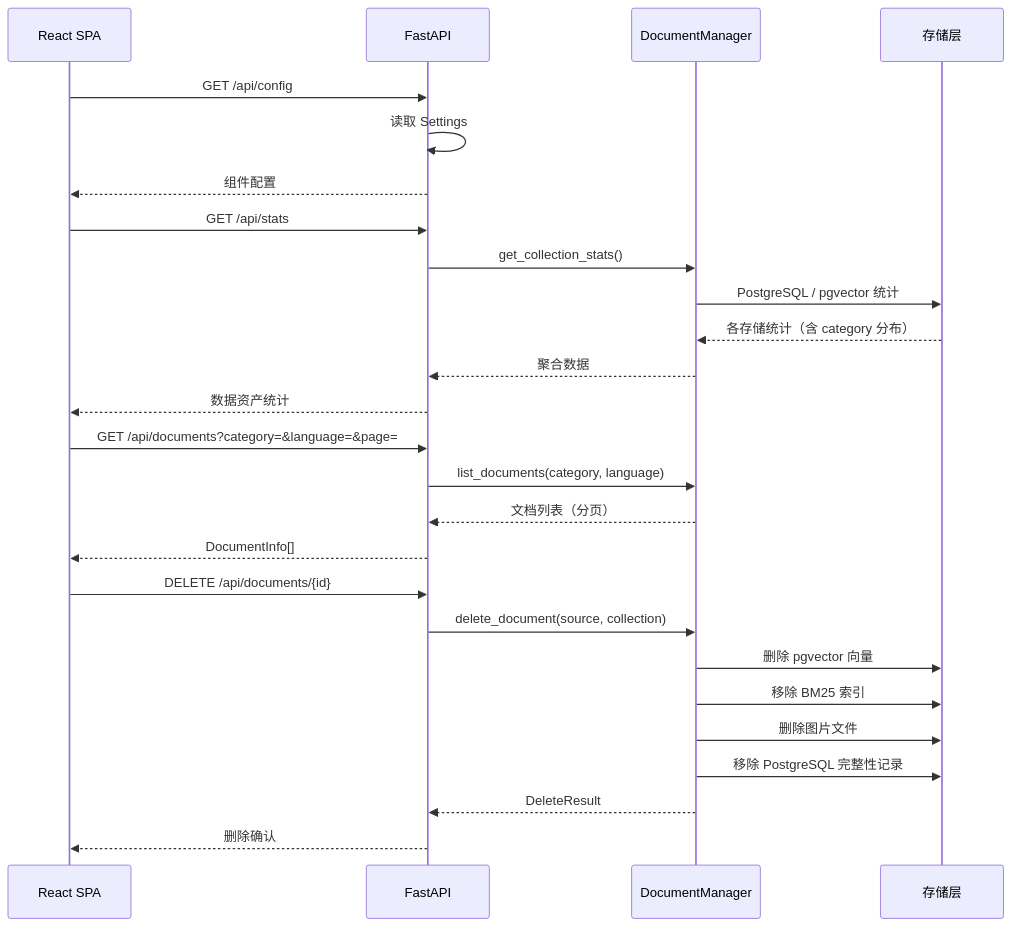
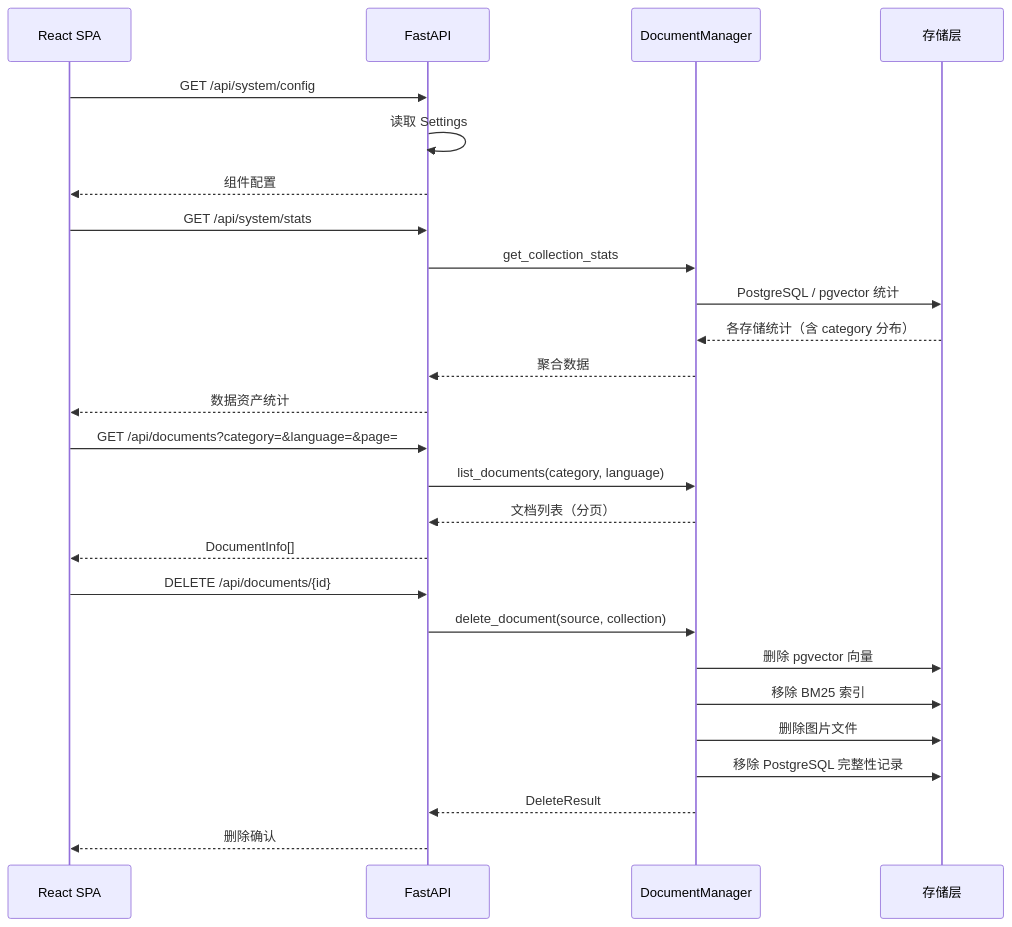
Diagram 12 of 12 in DEV_SPEC.md (vic-ai-dev/knowledge-service), drawn with Mermaid before and after one commit. The commit also changed other lines of this file and 180 other files, not shown here.

````diff
--- a/DEV_SPEC.md
+++ b/DEV_SPEC.md
@@ -1486,32 +1419,32 @@
 ```mermaid
 sequenceDiagram
     participant React as React SPA
     participant API as FastAPI
     participant DM as DocumentManager
     participant Store as 存储层
 
-    React->>API: GET /api/config
+    React->>API: GET /api/system/config
     API->>API: 读取 Settings
     API-->>React: 组件配置
 
-    React->>API: GET /api/stats
-    API->>DM: get_collection_stats()
+    React->>API: GET /api/system/stats
+    API->>DM: get_collection_stats
     DM->>Store: PostgreSQL / pgvector 统计
     Store-->>DM: 各存储统计（含 category 分布）
     DM-->>API: 聚合数据
     API-->>React: 数据资产统计
 
     React->>API: GET /api/documents?category=&language=&page=
     API->>DM: list_documents(category, language)
     DM-->>API: 文档列表（分页）
     API-->>React: DocumentInfo[]
 
     React->>API: DELETE /api/documents/{id}
     API->>DM: delete_document(source, collection)
     DM->>Store: 删除 pgvector 向量
     DM->>Store: 移除 BM25 索引
     DM->>Store: 删除图片文件
     DM->>Store: 移除 PostgreSQL 完整性记录
     DM-->>API: DeleteResult
     API-->>React: 删除确认
 ```
````
